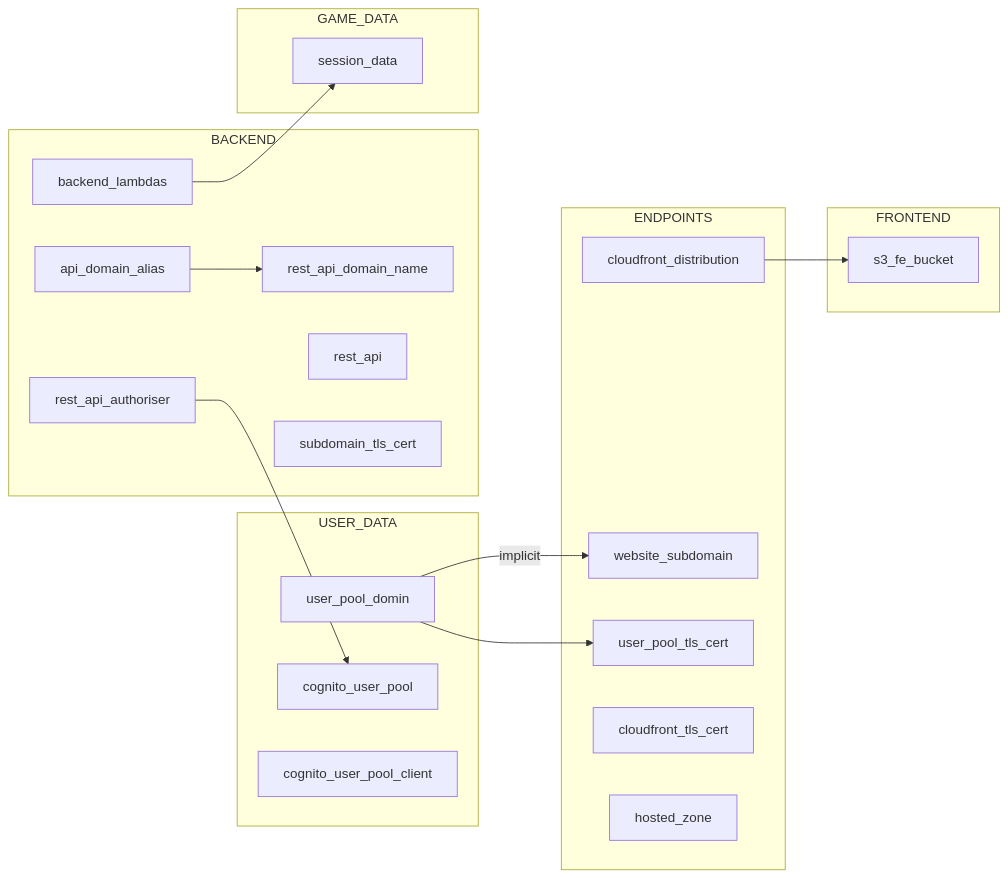
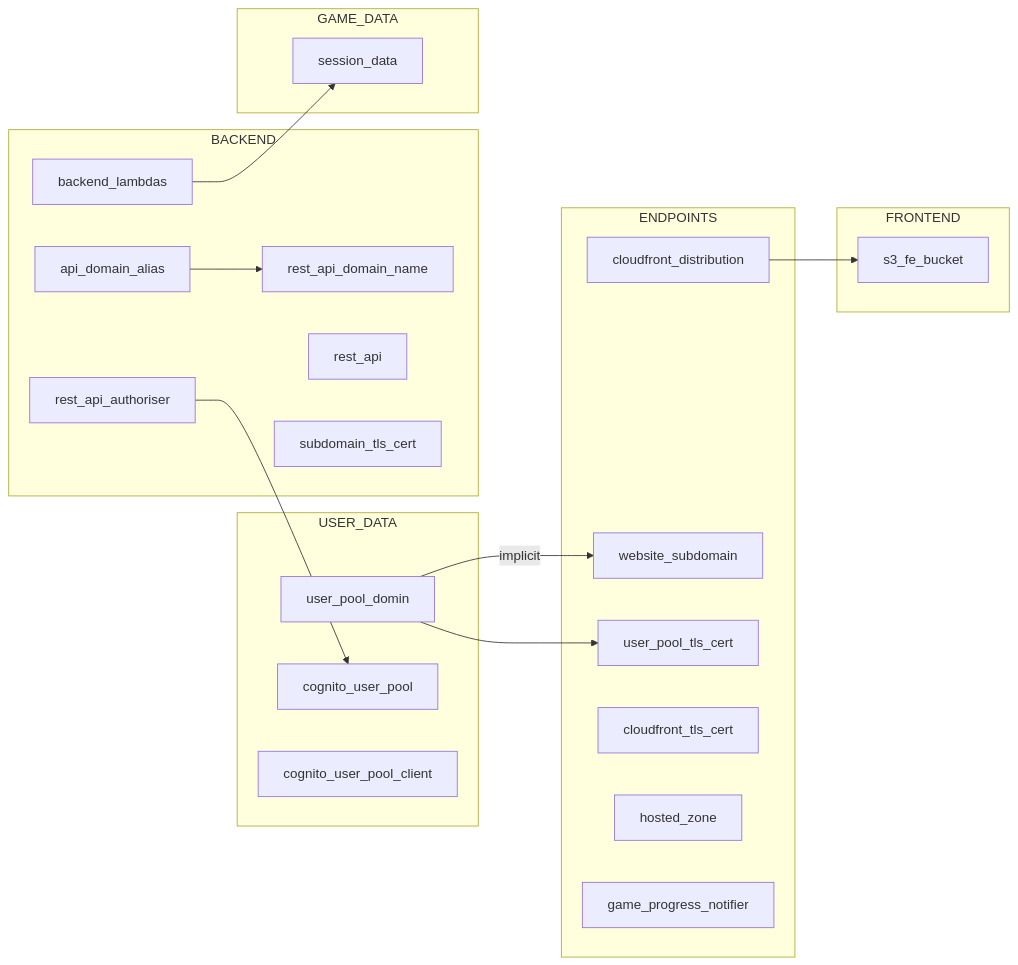
One commit to theUltimateZoltan/TGOB changed the diagram in services_graph.md. Above: the diagram before and after it, drawn with Mermaid. The commit also changed 10 other files, not shown here.

````diff
--- a/services_graph.md
+++ b/services_graph.md
@@ -1,37 +1,38 @@
 ```mermaid
 graph LR
     
     backend_lambdas-->session_data;
     api_domain_alias-->rest_api_domain_name;
     cloudfront_distribution-->s3_fe_bucket;
     user_pool_domin--implicit-->website_subdomain;
     user_pool_domin-->user_pool_tls_cert;
     rest_api_authoriser-->cognito_user_pool;
 
     subgraph ENDPOINTS
         cloudfront_tls_cert;
         hosted_zone;
         cloudfront_distribution;
         user_pool_tls_cert;
         website_subdomain;
+        game_progress_notifier;
     end
     subgraph USER_DATA
         cognito_user_pool;
         cognito_user_pool_client;
         user_pool_domin;
     end
     subgraph BACKEND
         rest_api_authoriser;
         rest_api;
         rest_api_domain_name;
         backend_lambdas;
         api_domain_alias;
         subdomain_tls_cert;
     end
     subgraph GAME_DATA
         session_data;
     end
     subgraph FRONTEND
         s3_fe_bucket;
     end    
 ```
````
